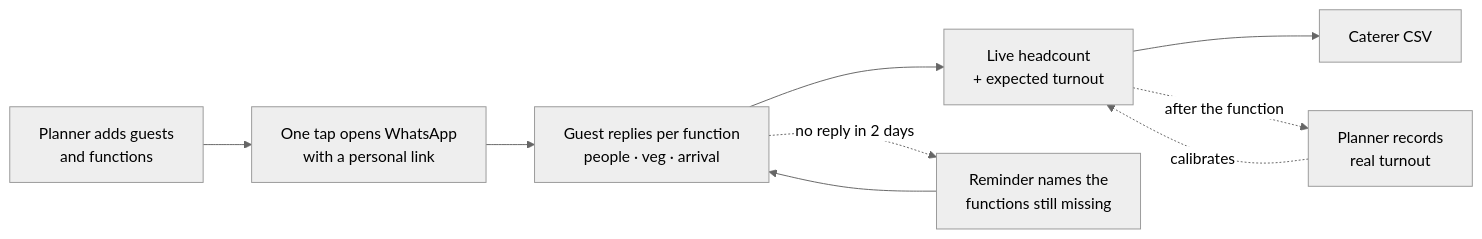
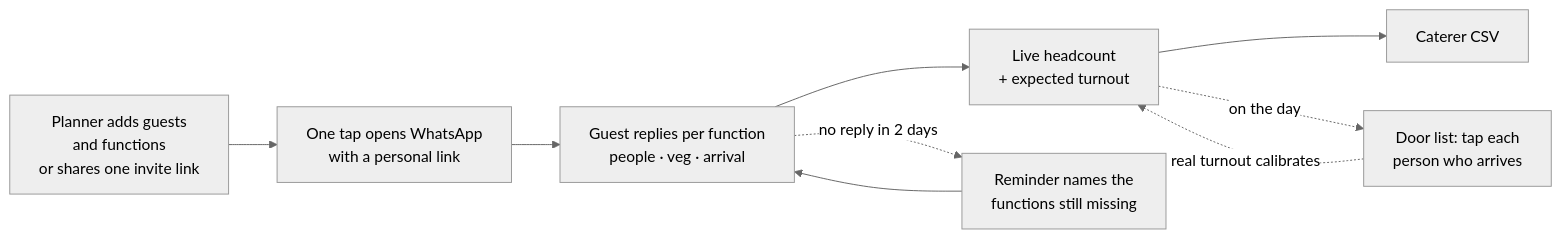
Before and after one commit to vansh070605/WedCount: the diagram in README.md, drawn with Mermaid (neutral theme). The commit also changed other lines of this file and 15 other files, not shown here.

First line of the commit message:
Docs: README, requirements, architecture, decisions, hacks and playbook match what shipped

````diff
--- a/README.md
+++ b/README.md
@@ -110,11 +136,11 @@
 ```mermaid
 flowchart LR
-    A[Planner adds guests<br/>and functions] --> B[One tap opens WhatsApp<br/>with a personal link]
+    A[Planner adds guests<br/>and functions<br/>or shares one invite link] --> B[One tap opens WhatsApp<br/>with a personal link]
     B --> C[Guest replies per function<br/>people · veg · arrival]
     C --> D[Live headcount<br/>+ expected turnout]
     D --> E[Caterer CSV]
     C -. no reply in 2 days .-> F[Reminder names the<br/>functions still missing]
     F --> C
-    D -. after the function .-> G[Planner records<br/>real turnout]
-    G -. calibrates .-> D
+    D -. on the day .-> G[Door list: tap each<br/>person who arrives]
+    G -. real turnout calibrates .-> D
 ```
````
